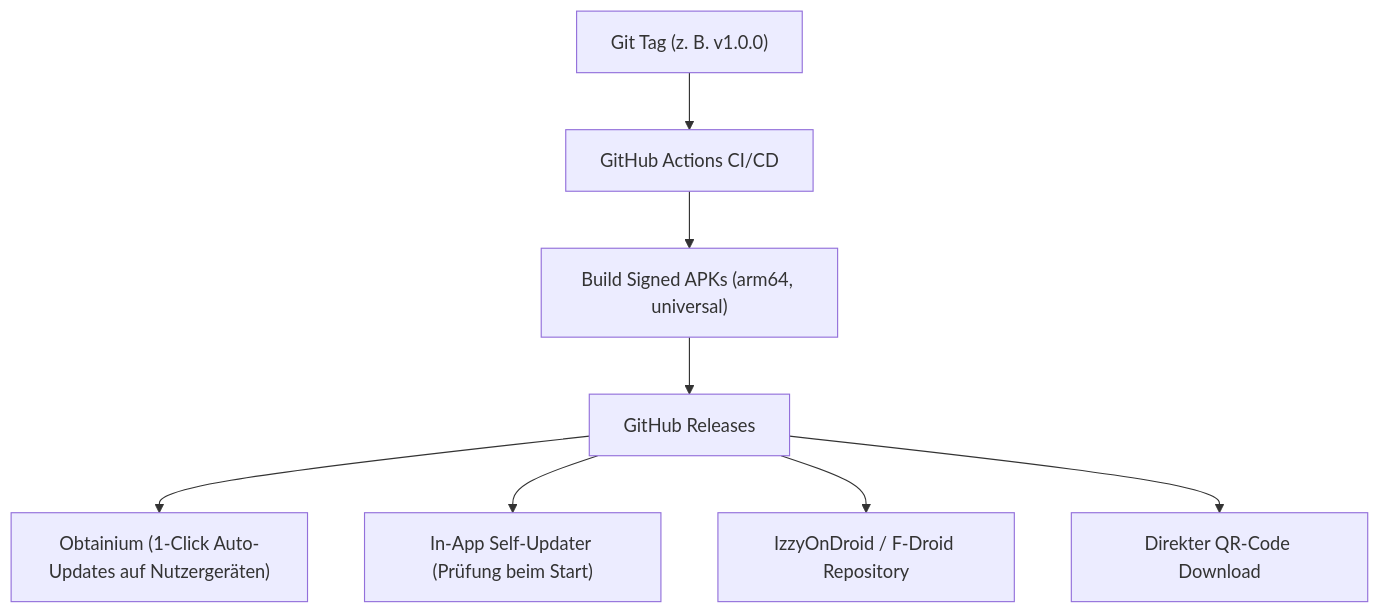
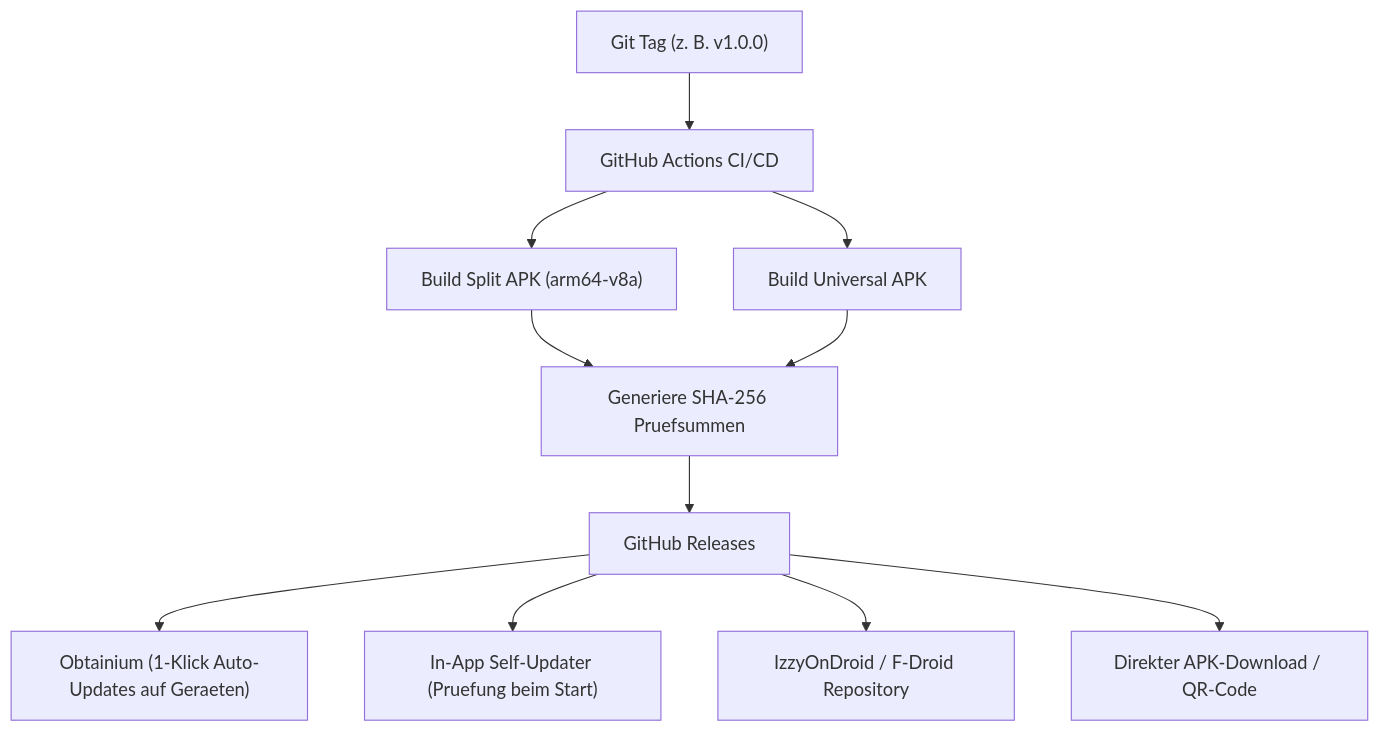
One commit to nocturne-org/nocturne changed the diagram in docs/compliance/LEGAL_AND_DISTRIBUTION.md. Above: the diagram before and after it, drawn with Mermaid. The commit also changed other lines of this file and 9 other files, not shown here.

````diff
--- a/docs/compliance/LEGAL_AND_DISTRIBUTION.md
+++ b/docs/compliance/LEGAL_AND_DISTRIBUTION.md
@@ -42,11 +108,14 @@
 ```mermaid
 flowchart TD
     GitTag["Git Tag (z. B. v1.0.0)"] --> GHActions["GitHub Actions CI/CD"]
-    GHActions --> BuildAPK["Build Signed APKs (arm64, universal)"]
-    BuildAPK --> GHRelease["GitHub Releases"]
+    GHActions --> BuildArm["Build Split APK (arm64-v8a)"]
+    GHActions --> BuildUniv["Build Universal APK"]
+    BuildArm --> Checksum["Generiere SHA-256 Pruefsummen"]
+    BuildUniv --> Checksum
+    Checksum --> GHRelease["GitHub Releases"]
     
-    GHRelease --> Obtainium["Obtainium (1-Click Auto-Updates auf Nutzergeräten)"]
-    GHRelease --> InAppUpdate["In-App Self-Updater (Prüfung beim Start)"]
+    GHRelease --> Obtainium["Obtainium (1-Klick Auto-Updates auf Geraeten)"]
+    GHRelease --> InAppUpdate["In-App Self-Updater (Pruefung beim Start)"]
     GHRelease --> Izzy["IzzyOnDroid / F-Droid Repository"]
-    GHRelease --> DirectDownload["Direkter QR-Code Download"]
+    GHRelease --> DirectDownload["Direkter APK-Download / QR-Code"]
 ```
````
